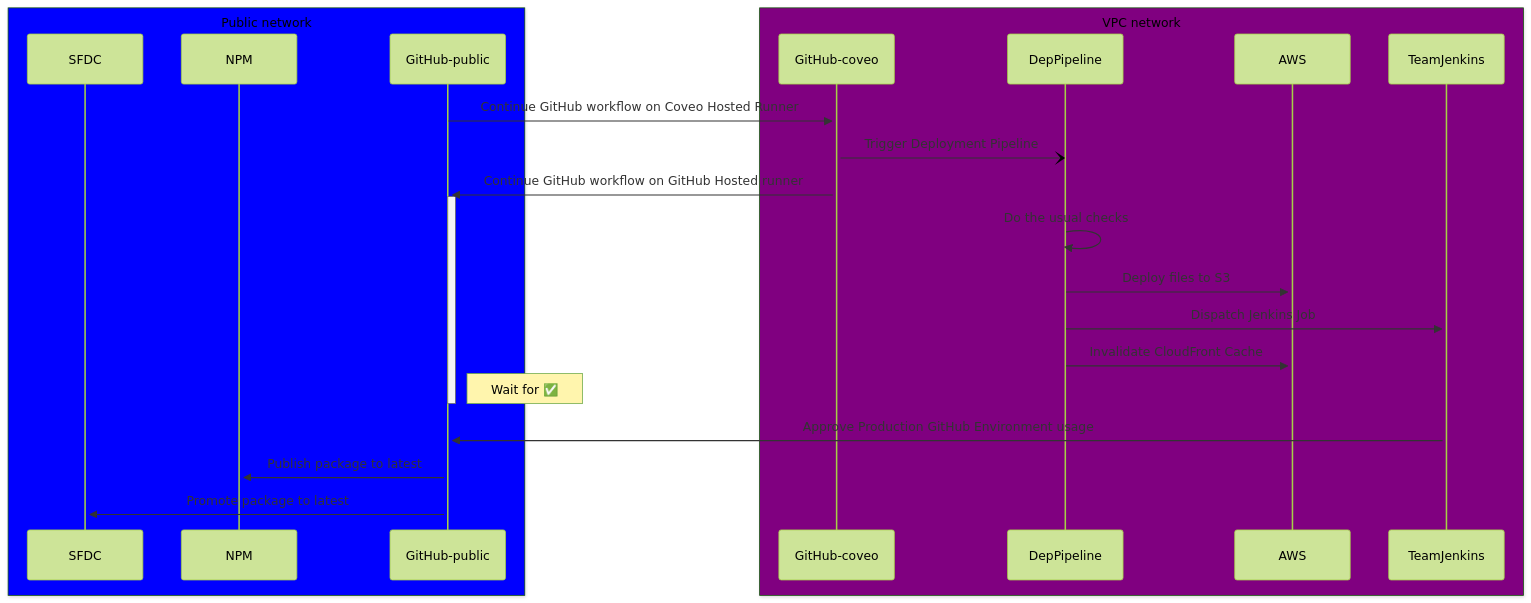
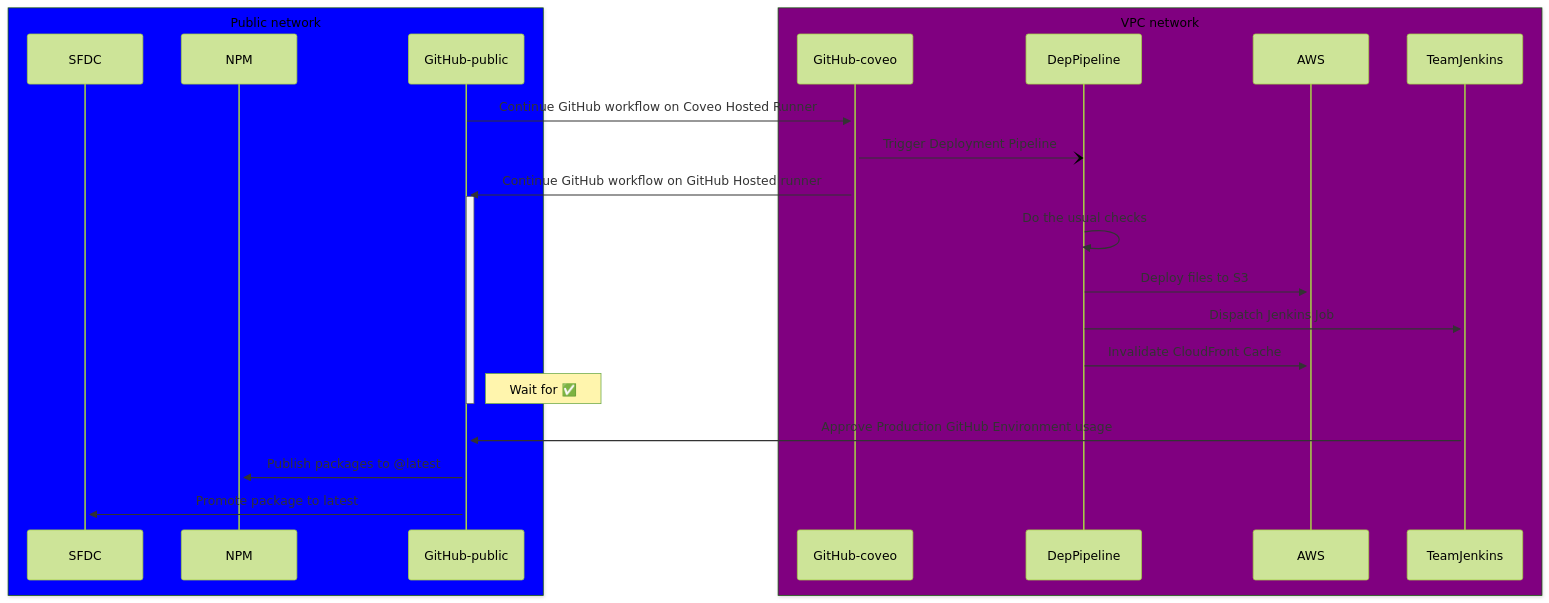
Before and after one commit to coveo/ui-kit: the diagram in internal-docs/release-process.md, drawn with Mermaid (forest theme). The commit also changed other lines of this file and 4 other files, not shown here.

````diff
--- a/internal-docs/release-process.md
+++ b/internal-docs/release-process.md
@@ -104,27 +109,27 @@
 ```mermaid
 sequenceDiagram
    box blue Public network
    participant SFDC
    participant NPM
    participant GitHub-public
    end
    box purple VPC network
    participant GitHub-coveo
    participant DepPipeline
    participant AWS
    participant TeamJenkins
    end
    GitHub-public->>+GitHub-coveo: Continue GitHub workflow on Coveo Hosted Runner
    GitHub-coveo-)DepPipeline: Trigger Deployment Pipeline
    GitHub-coveo->>+GitHub-public: Continue GitHub workflow on GitHub Hosted runner
    activate GitHub-public
    DepPipeline->>DepPipeline: Do the usual checks
    DepPipeline->>+AWS: Deploy files to S3
    DepPipeline->>+TeamJenkins: Dispatch Jenkins Job
    DepPipeline->>+AWS: Invalidate CloudFront Cache
    Note right of GitHub-public: Wait for ✅
    deactivate GitHub-public
    TeamJenkins->>+GitHub-public: Approve Production GitHub Environment usage
-   GitHub-public->>+NPM: Publish package to latest
+   GitHub-public->>+NPM: Publish packages to @latest
    GitHub-public->>+SFDC: Promote package to latest
 ```
````
